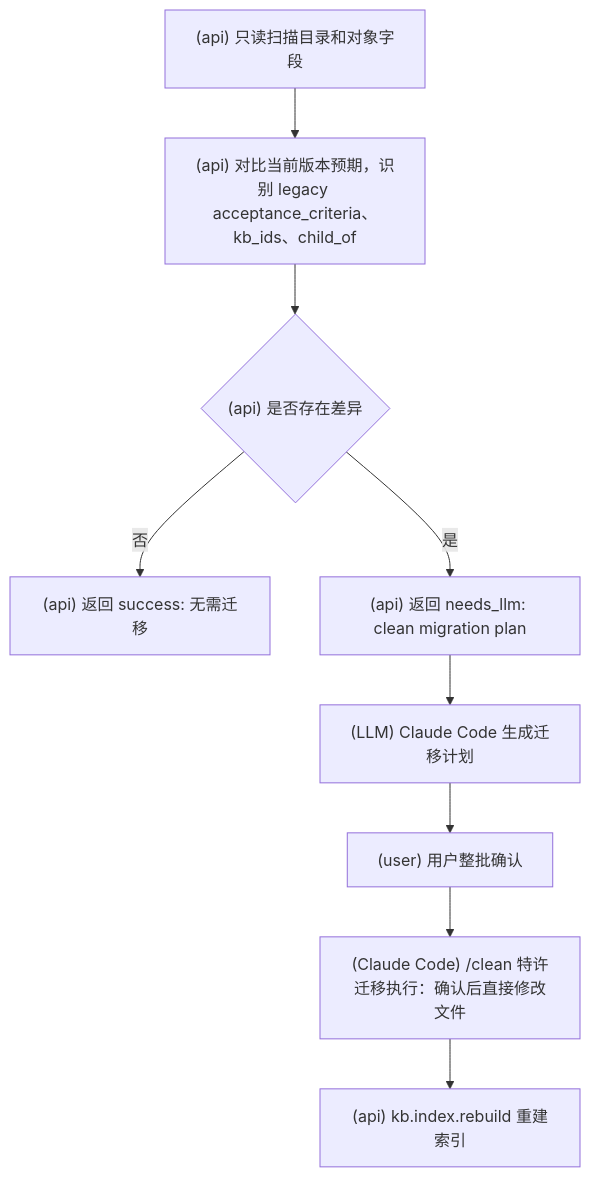
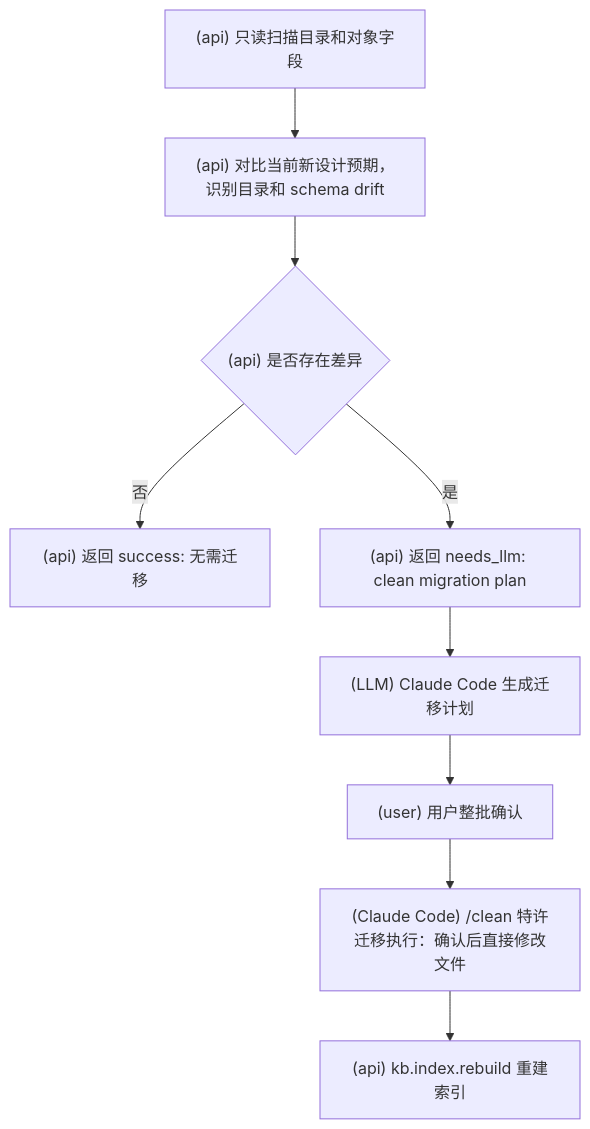
Before and after one commit to srangerme/KBManager: diagram 19 of 19 in docs/流程图.md, drawn with Mermaid. The commit also changed other lines of this file and 33 other files, not shown here.

````diff
--- a/docs/流程图.md
+++ b/docs/流程图.md
@@ -250,11 +250,11 @@
 ```mermaid
 flowchart TD
-  A["(api) 只读扫描目录和对象字段"] --> B["(api) 对比当前版本预期，识别 legacy acceptance_criteria、kb_ids、child_of"]
+  A["(api) 只读扫描目录和对象字段"] --> B["(api) 对比当前新设计预期，识别目录和 schema drift"]
   B --> C{"(api) 是否存在差异"}
   C -- 否 --> D["(api) 返回 success: 无需迁移"]
   C -- 是 --> E["(api) 返回 needs_llm: clean migration plan"]
   E --> F["(LLM) Claude Code 生成迁移计划"]
   F --> G["(user) 用户整批确认"]
   G --> H["(Claude Code) /clean 特许迁移执行：确认后直接修改文件"]
   H --> I["(api) kb.index.rebuild 重建索引"]
 ```
````
